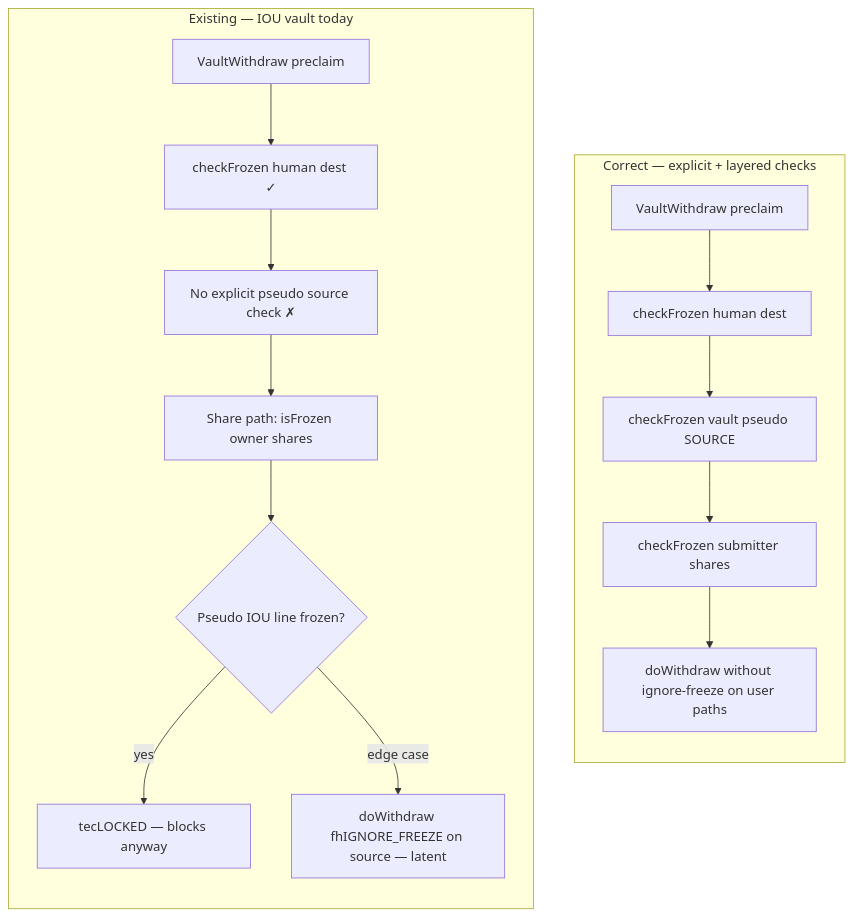
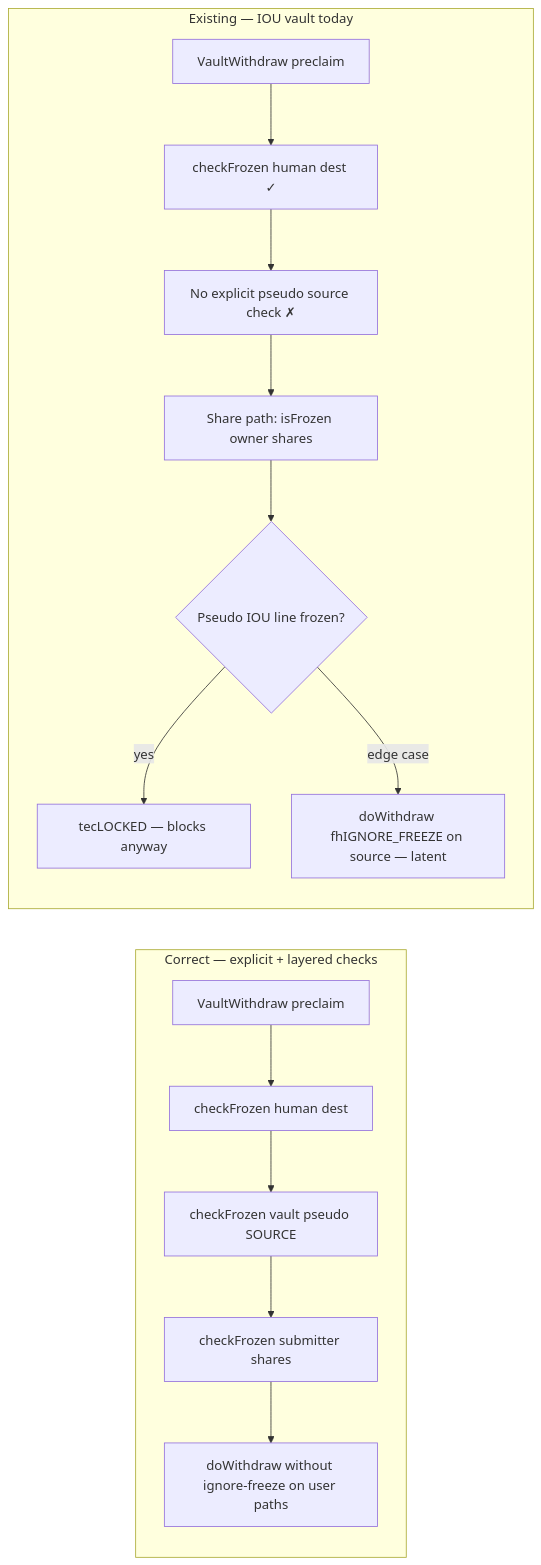
One commit to agtico/agtico.github.io changed the second of 7 diagrams in _posts/2026-05-26-xrpl-rippled-open-p0-freeze-audit.md. Above: the diagram before and after it, drawn with Mermaid. The commit also changed other lines of this file and 1 other file, not shown here.

First line of the commit message:
Fix overlapping Section A diagram and standardize compare-chart layout.

````diff
--- a/_posts/2026-05-26-xrpl-rippled-open-p0-freeze-audit.md
+++ b/_posts/2026-05-26-xrpl-rippled-open-p0-freeze-audit.md
@@ -153,19 +160,19 @@
 ```mermaid
-flowchart TB
+flowchart LR
   subgraph correct [Correct — explicit + layered checks]
     direction TB
     CV1[VaultWithdraw preclaim] --> CV2[checkFrozen human dest]
     CV2 --> CV3[checkFrozen vault pseudo SOURCE]
     CV3 --> CV4[checkFrozen submitter shares]
     CV4 --> CV5[doWithdraw without ignore-freeze on user paths]
   end
   subgraph existing [Existing — IOU vault today]
     direction TB
     EV1[VaultWithdraw preclaim] --> EV2[checkFrozen human dest ✓]
     EV2 --> EV3[No explicit pseudo source check ✗]
     EV3 --> EV4[Share path: isFrozen owner shares]
     EV4 --> EV5{Pseudo IOU line frozen?}
     EV5 -->|yes| EV6[tecLOCKED — blocks anyway]
     EV5 -->|edge case| EV7[doWithdraw fhIGNORE_FREEZE on source — latent]
   end
 ```
````
